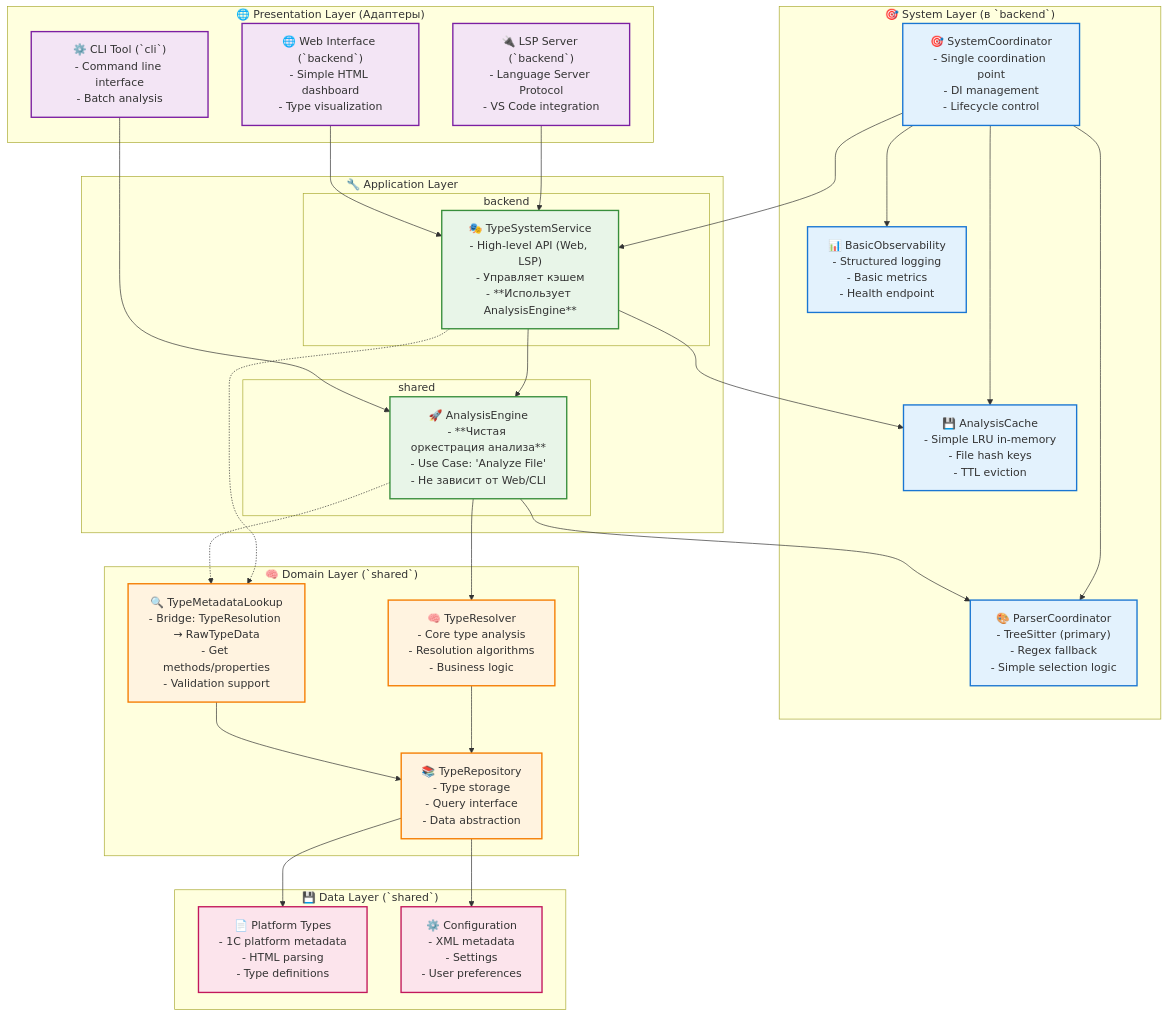
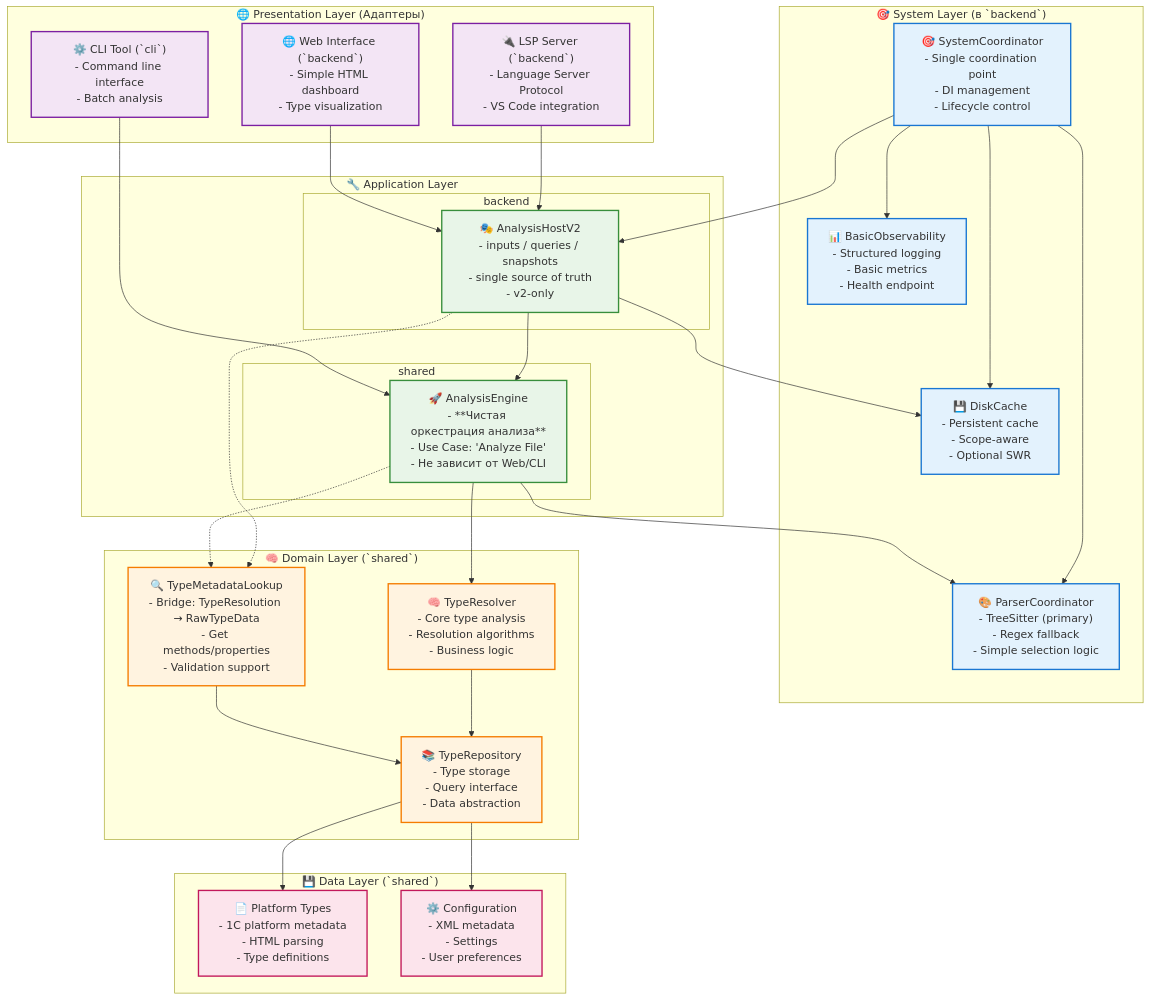
One commit to defin85/bsl-gradual-types changed the diagram in docs/simplified_architecture.md. Above: the diagram before and after it, drawn with Mermaid. The commit also changed other lines of this file and 44 other files, not shown here.

First line of the commit message:
Refactor architecture and terminology for v2 analysis system

````diff
--- a/docs/simplified_architecture.md
+++ b/docs/simplified_architecture.md
@@ -60,82 +60,82 @@
 ```mermaid
 graph TB
     subgraph "🎯 System Layer (в `backend`)"
         SystemCoordinator["🎯 SystemCoordinator<br/>- Single coordination point<br/>- DI management<br/>- Lifecycle control"]
         
-        AnalysisCache["💾 AnalysisCache<br/>- Simple LRU in-memory<br/>- File hash keys<br/>- TTL eviction"]
+        DiskCache["💾 DiskCache<br/>- Persistent cache<br/>- Scope-aware<br/>- Optional SWR"]
         
         ParserCoordinator["🎨 ParserCoordinator<br/>- TreeSitter (primary)<br/>- Regex fallback<br/>- Simple selection logic"]
         
         BasicObservability["📊 BasicObservability<br/>- Structured logging<br/>- Basic metrics<br/>- Health endpoint"]
     end
 
     subgraph "🌐 Presentation Layer (Адаптеры)"
         LSPServer["🔌 LSP Server (`backend`)<br/>- Language Server Protocol<br/>- VS Code integration"]
         
         WebInterface["🌐 Web Interface (`backend`)<br/>- Simple HTML dashboard<br/>- Type visualization"]
         
         CLITool["⚙️ CLI Tool (`cli`)<br/>- Command line interface<br/>- Batch analysis"]
     end
 
     subgraph "🔧 Application Layer" 
         subgraph "`backend`"
-            TypeSystemService["🎭 TypeSystemService<br/>- High-level API (Web, LSP)<br/>- Управляет кэшем<br/>- **Использует AnalysisEngine**"]
+            AnalysisHostV2["🎭 AnalysisHostV2<br/>- inputs / queries / snapshots<br/>- single source of truth<br/>- v2-only"]
         end
         subgraph "`shared`"
             AnalysisEngine["🚀 AnalysisEngine<br/>- **Чистая оркестрация анализа**<br/>- Use Case: 'Analyze File'<br/>- Не зависит от Web/CLI"]
         end
     end
 
     subgraph "🧠 Domain Layer (`shared`)"
         TypeResolver["🧠 TypeResolver<br/>- Core type analysis<br/>- Resolution algorithms<br/>- Business logic"]
 
         TypeMetadataLookup["🔍 TypeMetadataLookup<br/>- Bridge: TypeResolution → RawTypeData<br/>- Get methods/properties<br/>- Validation support"]
 
         TypeRepository["📚 TypeRepository<br/>- Type storage<br/>- Query interface<br/>- Data abstraction"]
     end
 
     subgraph "💾 Data Layer (`shared`)"
         PlatformTypes["📄 Platform Types<br/>- 1C platform metadata<br/>- HTML parsing<br/>- Type definitions"]
         
         ConfigData["⚙️ Configuration<br/>- XML metadata<br/>- Settings<br/>- User preferences"]
     end
 
     %% Flow
-    SystemCoordinator --> AnalysisCache
+    SystemCoordinator --> DiskCache
     SystemCoordinator --> ParserCoordinator  
     SystemCoordinator --> BasicObservability
-    SystemCoordinator --> TypeSystemService
+    SystemCoordinator --> AnalysisHostV2
     
-    LSPServer --> TypeSystemService
-    WebInterface --> TypeSystemService
+    LSPServer --> AnalysisHostV2
+    WebInterface --> AnalysisHostV2
     
-    TypeSystemService --> AnalysisEngine
-    TypeSystemService --> AnalysisCache
+    AnalysisHostV2 --> AnalysisEngine
+    AnalysisHostV2 --> DiskCache
 
     CLITool --> AnalysisEngine
     
     AnalysisEngine --> TypeResolver
     AnalysisEngine --> ParserCoordinator
 
     TypeResolver --> TypeRepository
     TypeMetadataLookup --> TypeRepository
     TypeRepository --> PlatformTypes
     TypeRepository --> ConfigData
 
     %% TypeMetadataLookup используется для получения методов/свойств
-    TypeSystemService -.-> TypeMetadataLookup
+    AnalysisHostV2 -.-> TypeMetadataLookup
     AnalysisEngine -.-> TypeMetadataLookup
     
     %% Styling
     classDef systemStyle fill:#e3f2fd,stroke:#1976d2,stroke-width:2px
     classDef presentationStyle fill:#f3e5f5,stroke:#7b1fa2,stroke-width:2px
     classDef applicationStyle fill:#e8f5e8,stroke:#388e3c,stroke-width:2px
     classDef domainStyle fill:#fff3e0,stroke:#f57c00,stroke-width:2px
     classDef dataStyle fill:#fce4ec,stroke:#c2185b,stroke-width:2px
     
-    class SystemCoordinator,AnalysisCache,ParserCoordinator,BasicObservability systemStyle
+    class SystemCoordinator,DiskCache,ParserCoordinator,BasicObservability systemStyle
     class LSPServer,WebInterface,CLITool presentationStyle
-    class TypeSystemService,AnalysisEngine applicationStyle
+    class AnalysisHostV2,AnalysisEngine applicationStyle
     class TypeResolver,TypeMetadataLookup,TypeRepository domainStyle
     class PlatformTypes,ConfigData dataStyle
 ```
````
